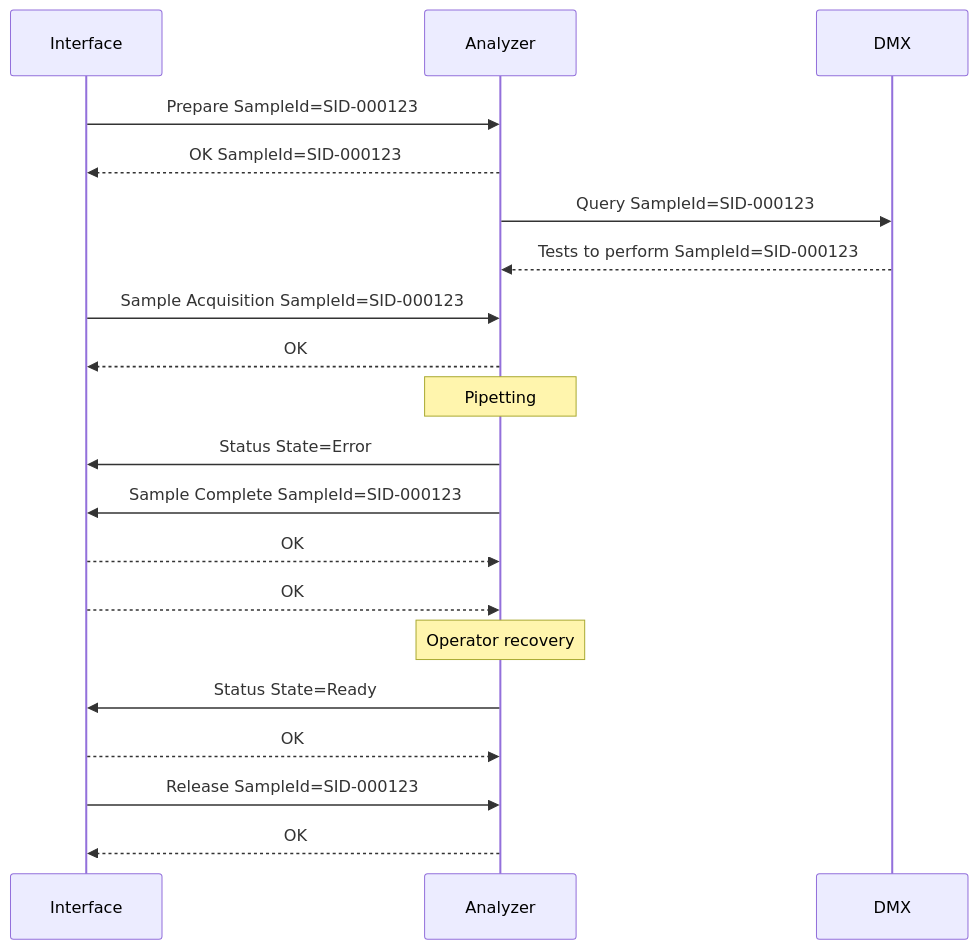
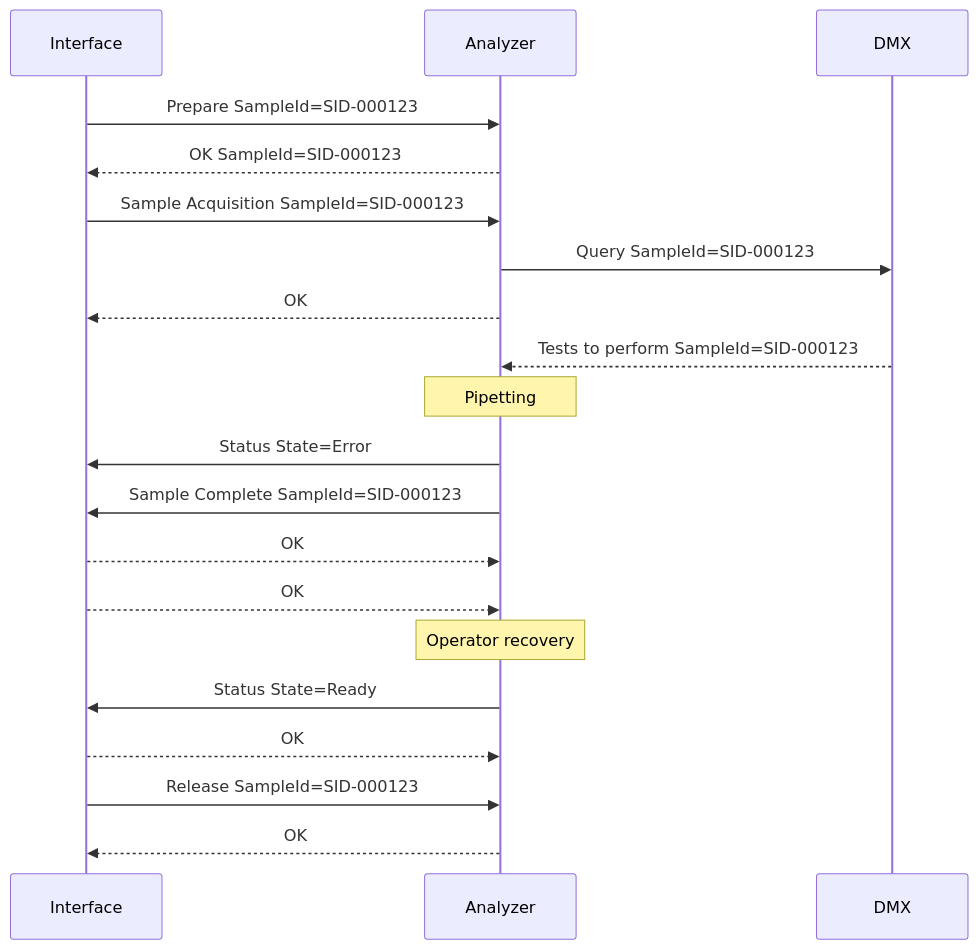
One commit to specialk74/trackviz changed the diagram in scenes/05_analyzer_error_recovery.mmd. Above: the diagram before and after it, drawn with Mermaid. The commit also changed 31 other files, not shown here.

```diff
--- a/scenes/05_analyzer_error_recovery.mmd
+++ b/scenes/05_analyzer_error_recovery.mmd
@@ -1,123 +1,88 @@
 %% # Scene 05 — analyzer error during sampling, needle left down (sampling point)
 %% # One carrier, geometry of scene 01. While the sample is aspirated the analyzer
 %% # goes into error leaving the needle in the tube: it sends Status (Error), the
 %% # interface replies OK and keeps the carrier still. An operator performs a
 %% # recovery (the needle goes back up); when the instrument is green again it
 %% # sends Status (Ready), the interface replies OK and releases the carrier.
 %% # Carrier flow: right to left, Pit-Lane above the Main-Lane.
 %% # Coordinates are in a fixed 1920x1080 space (track panel: x 30..950, y 120..885).
 %% geometry sampling
 %% subtitle Single carrier — analyzer error with the needle down, operator recovery
 sequenceDiagram
     participant IF as Interface
     participant AN as Analyzer
     participant DMX as DMX
 
-    %% carrier C1 SID-000123 route=main_in,nsd,pit_in,sampling,pit_out,merge,main_out speed=75
+    %% carrier C1 SID-000123 route=main_in,nsd,pit_in,sampling,pit_out,merge,main_out
 
-    %% at 0
     %% caption 1 · Main-Lane | A carrier holding a sample tube travels along the Main-Lane towards the analyzer interface.
-    %% at 1
-    %% move C1 to nsd ease=in
-    %% when C1 at nsd
-    %% move C1 to sampling ease=out
-    %% when C1 at nsd
-    %% caption 2 · Diverted — Prepare | The carrier is diverted into the Pit-Lane without stopping, and the interface sends Prepare to the analyzer.
-    %% when C1 at nsd
+    %% at 2.2
+    %% move C1 to sampling
+    %% on antenna1 C1
+    %% caption 2 · Diverted — Prepare — Sample Acquisition | The carrier is diverted into the Pit-Lane without stopping and the interface sends Prepare. The gate stops it on the sampling point: the interface sends Sample Acquisition.
+    %% on antenna1 C1
     %% highlight nsd duration=2
-    %% when C1 at nsd
+    %% on antenna1
     IF->>AN: Prepare SampleId=SID-000123
-    %% when prepare C1 sent
-    %% delay 2
+    %% after 0.1
     AN-->>IF: OK SampleId=SID-000123
-    %% when sample_ok C1 arrived
-    %% delay 0.33
-    %% caption 3 · Test query | After Prepare, the analyzer queries DMX (LIS) to know which tests must be performed on this sample.
-    %% when sample_ok C1 arrived
-    %% delay 0.53
+    %% on antenna2
+    IF->>AN: Sample Acquisition SampleId=SID-000123
+    %% after 0.1 OK C1
     AN->>DMX: Query SampleId=SID-000123
-    %% when query C1 sent
-    %% delay 2
-    DMX-->>AN: Tests to perform SampleId=SID-000123
-    %% when C1 at sampling
-    %% delay 0.08
-    %% caption 4 · Sampling point — Sample Acquisition | The carrier stops at the sampling point. The interface sends Sample Acquisition and the analyzer starts aspirating.
-    %% when C1 at sampling
-    %% delay 0.28
-    IF->>AN: Sample Acquisition SampleId=SID-000123
-    %% when sample_acquisition C1 arrived
-    %% delay 0.1
+    %% after 0.1 Sample Acquisition C1
     %% for C1
     AN-->>IF: OK
-    %% when analyzer_ok C1 arrived
-    %% delay 0.1
+    %% after 0.1 Query C1
+    DMX-->>AN: Tests to perform SampleId=SID-000123
+    %% after 0.1 OK C1
+    %% caption 3 · Test query — Aspiration | After the reply to Prepare the analyzer has asked DMX (LIS) which tests to perform. Now its needle goes down into the tube and it starts aspirating.
+    %% after 0.1 OK C1
     %% needle sp down
-    %% when analyzer_ok C1 arrived
-    %% delay 0.1
+    %% after 0.1 OK C1
     %% duration 2.6
     Note over AN: Pipetting
-    %% when needle sp done
-    %% delay 1.7
-    %% caption 5 · Instrument error | During aspiration the analyzer goes into error, leaving the needle down in the tube. It immediately sends its status (Error) and Sample Complete. The interface replies OK to the status.
-    %% when needle sp done
-    %% delay 1.7
+    %% after 1.7 needle sp
+    %% caption 4 · Instrument error | During aspiration the analyzer goes into error, leaving the needle down in the tube. It immediately sends its status (Error) and Sample Complete. The interface replies OK to the status.
+    %% after 1.7 needle sp
     %% status analyzer error
-    %% when needle sp done
-    %% delay 1.7
+    %% after 1.7 needle sp
     %% for C1
     AN->>IF: Status State=Error
-    %% when status_error C1 sent
-    %% delay 0.5
     AN->>IF: Sample Complete SampleId=SID-000123
-    %% when sample_complete C1 arrived
-    %% delay 0.1
+    %% after 0.3 Status C1
     %% for C1
     IF-->>AN: OK
-    %% when status_error C1 sent
-    %% delay 1.8
+    %% after 0.1 Sample Complete C1
     %% for C1
     IF-->>AN: OK
-    %% when interface_ok C1 arrived
-    %% delay 0.3
-    %% caption 6 · Operator recovery | Sample Complete is not enough: with the analyzer in error the interface does not move the carrier: the needle is still in the tube. An operator walks to the instrument and performs a recovery: the needle is brought back up.
-    %% when interface_ok C1 arrived
-    %% delay 0.3
+    %% after 2.1 Status C1
+    %% caption 5 · Operator recovery | Sample Complete is not enough: with the analyzer in error the interface does not move the carrier: the needle is still in the tube. An operator walks to the instrument and performs a recovery: the needle is brought back up.
+    %% after 2.1 Status C1
     %% duration 6
     Note over AN: Operator recovery
-    %% when interface_ok C1 arrived
-    %% delay 0.3
+    %% after 2.1 Status C1
     %% operator analyzer duration=7
-    %% when interface_ok C1 arrived
-    %% delay 2.8
+    %% after 4.6 Status C1
     %% needle sp up duration=1.2
-    %% when needle sp done
-    %% delay 2.6
-    %% caption 7 · Instrument ready | The instrument is green again: it sends its status (Ready) to the interface, which replies OK. Only now the carrier is released.
-    %% when needle sp done
-    %% delay 2.6
+    %% after 2.6
+    %% caption 6 · Instrument ready | The instrument is green again: it sends its status (Ready) to the interface, which replies OK. Only now the carrier is released.
+    %% after 2.6 needle sp
     %% status analyzer ready
-    %% when needle sp done
-    %% delay 2.6
+    %% after 2.6 needle sp
     %% for C1
     AN->>IF: Status State=Ready
-    %% when status_ready C1 sent
-    %% delay 1.7
+    %% after 0.2
     %% for C1
     IF-->>AN: OK
-    %% when status_ready sent
-    %% delay 3
+    %% after 1.5 Status C1
     %% status analyzer normal
-    %% when interface_ok C1 arrived
-    %% delay 0.2
-    %% caption 8 · Carrier released — Release | The interface releases the carrier. As soon as it has left the interface module, the interface sends Release.
-    %% when status_ready C1 arrived
-    %% delay 1.9
-    %% move C1 to merge ease=in
-    %% when C1 at merge
-    %% move C1 to main_out ease=out
-    %% when C1 at main_out
+    %% after 0.2 OK C1
+    %% caption 7 · Carrier released — Release | The interface releases the carrier. As soon as it has left the interface module, the interface sends Release.
+    %% after 1.9 Status C1
+    %% move C1 to main_out
+    %% on antenna3
     IF->>AN: Release SampleId=SID-000123
-    %% when release C1 arrived
-    %% delay 0.1
+    %% after 0.1
     %% for C1
     AN-->>IF: OK
```
